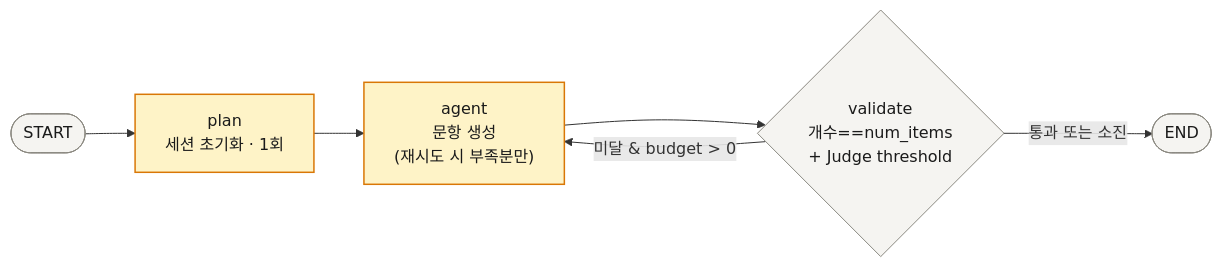
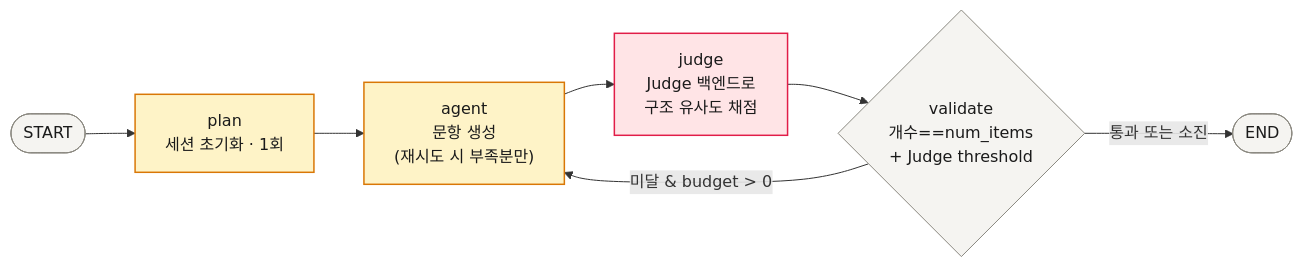
One commit to MachuEngine/bunpil changed the third of 7 diagrams in README.md. Above: the diagram before and after it, drawn with Mermaid. The commit also changed other lines of this file and 14 other files, not shown here.

````diff
--- a/README.md
+++ b/README.md
@@ -133,18 +170,21 @@
 ```mermaid
 flowchart LR
     START(["START"])
     plan["plan<br/>세션 초기화 · 1회"]
     agent["agent<br/>문항 생성<br/>(재시도 시 부족분만)"]
+    judge["judge<br/>Judge 백엔드로<br/>구조 유사도 채점"]
     validate{"validate<br/>개수==num_items<br/>+ Judge threshold"}
     END(["END"])
 
-    START --> plan --> agent --> validate
+    START --> plan --> agent --> judge --> validate
     validate -- "미달 & budget > 0" --> agent
     validate -- "통과 또는 소진" --> END
 
     class START,END,validate neutral
     class plan,agent exam
+    class judge judge
 
     classDef neutral fill:#F5F4F1,stroke:#8A8880,stroke-width:1px,color:#1A1A1A
     classDef exam fill:#FEF3C7,stroke:#D97706,stroke-width:1.5px,color:#1A1A1A
+    classDef judge fill:#FFE4E6,stroke:#E11D48,stroke-width:1.5px,color:#1A1A1A
 ```
````
